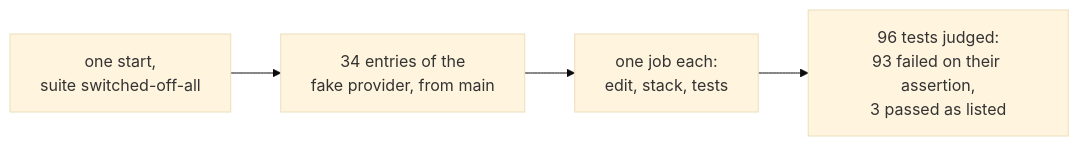
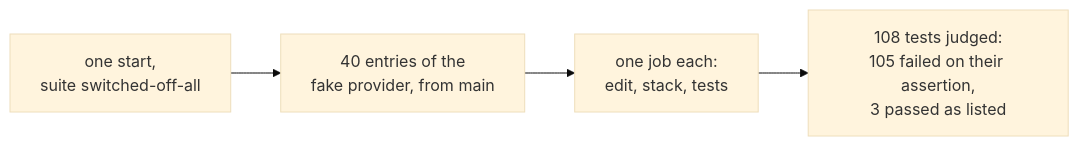
Before and after one commit to sindredg/agent-runtime: the diagram in docs/results/switched-off.md, drawn with Mermaid (base theme). The commit also changed other lines of this file and 6 other files, not shown here.

````diff
--- a/docs/results/switched-off.md
+++ b/docs/results/switched-off.md
@@ -14,6 +14,6 @@
 ```mermaid
 flowchart LR
-    S[one start,<br/>suite switched-off-all] --> N[34 entries of the<br/>fake provider, from main]
+    S[one start,<br/>suite switched-off-all] --> N[40 entries of the<br/>fake provider, from main]
     N --> J[one job each:<br/>edit, stack, tests]
-    J --> V[96 tests judged:<br/>93 failed on their assertion,<br/>3 passed as listed]
+    J --> V[108 tests judged:<br/>105 failed on their assertion,<br/>3 passed as listed]
 ```
````
